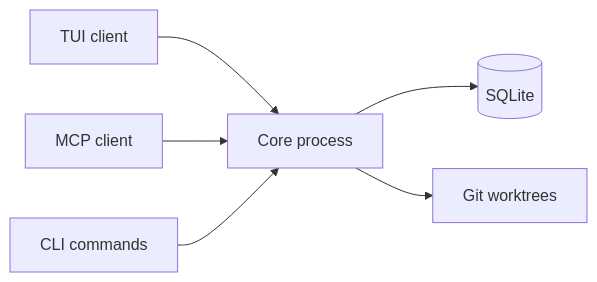
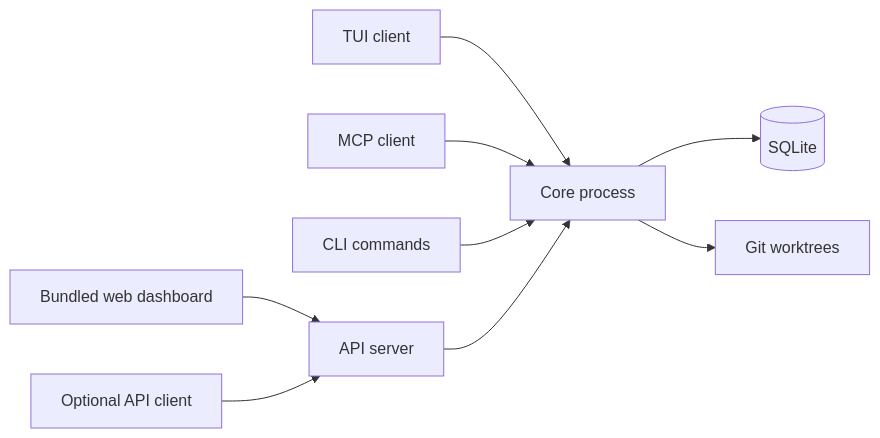
One commit to kagan-sh/kagan-legacy changed the diagram in docs/concepts/architecture-overview.md. Above: the diagram before and after it, drawn with Mermaid. The commit also changed other lines of this file and 420 other files, not shown here.

First line of the commit message:
feat: remote clients, web dashboard, unified sessions, and attach-as-interrupt (#44)

````diff
--- a/docs/concepts/architecture-overview.md
+++ b/docs/concepts/architecture-overview.md
@@ -23,8 +24,10 @@
 ```mermaid
 flowchart LR
   TUI[TUI client] --> CORE[Core process]
   MCP[MCP client] --> CORE
   CLI[CLI commands] --> CORE
+  WEB["Bundled web dashboard"] --> API[API server] --> CORE
+  REMOTE["Optional API client"] --> API
   CORE --> DB[(SQLite)]
   CORE --> WT[Git worktrees]
 ```
````
